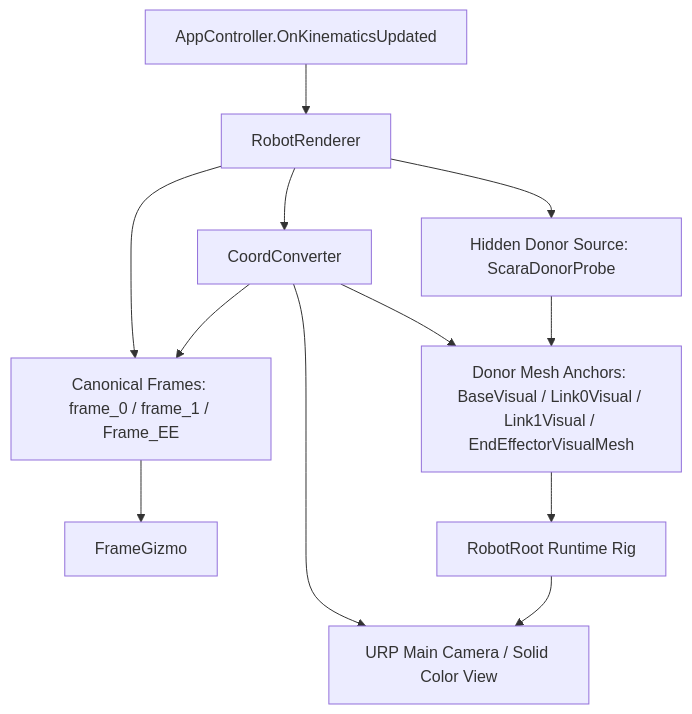
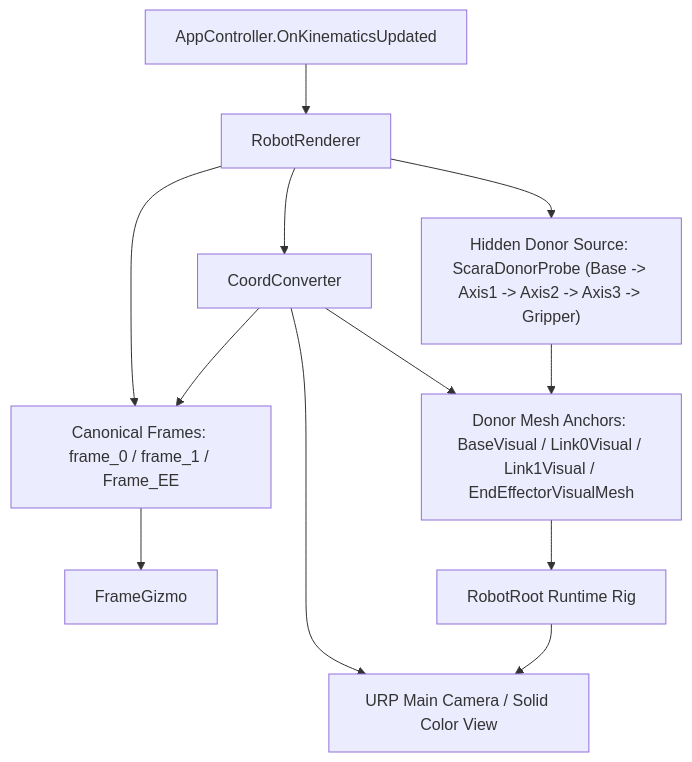
One commit to kimjuyoung1127/robotapp changed the fourth of 5 diagrams in docs/ref/architecture-diagrams.md. Above: the diagram before and after it, drawn with Mermaid. The commit also changed other lines of this file and 8 other files, not shown here.

Commit message:
fix: normalize phase4b scara donor hud rendering

````diff
--- a/docs/ref/architecture-diagrams.md
+++ b/docs/ref/architecture-diagrams.md
@@ -63,14 +63,14 @@
 ```mermaid
 flowchart TD
   A["AppController.OnKinematicsUpdated"] --> B["RobotRenderer"]
   B --> C["CoordConverter"]
   B --> D["Canonical Frames: frame_0 / frame_1 / Frame_EE"]
-  B --> E["Hidden Donor Source: ScaraDonorProbe"]
+  B --> E["Hidden Donor Source: ScaraDonorProbe (Base -> Axis1 -> Axis2 -> Axis3 -> Gripper)"]
   C --> I["URP Main Camera / Solid Color View"]
   C --> D
   C --> F["Donor Mesh Anchors: BaseVisual / Link0Visual / Link1Visual / EndEffectorVisualMesh"]
   D --> G["FrameGizmo"]
   F --> H["RobotRoot Runtime Rig"]
   E --> F
   H --> I
 ```
````
